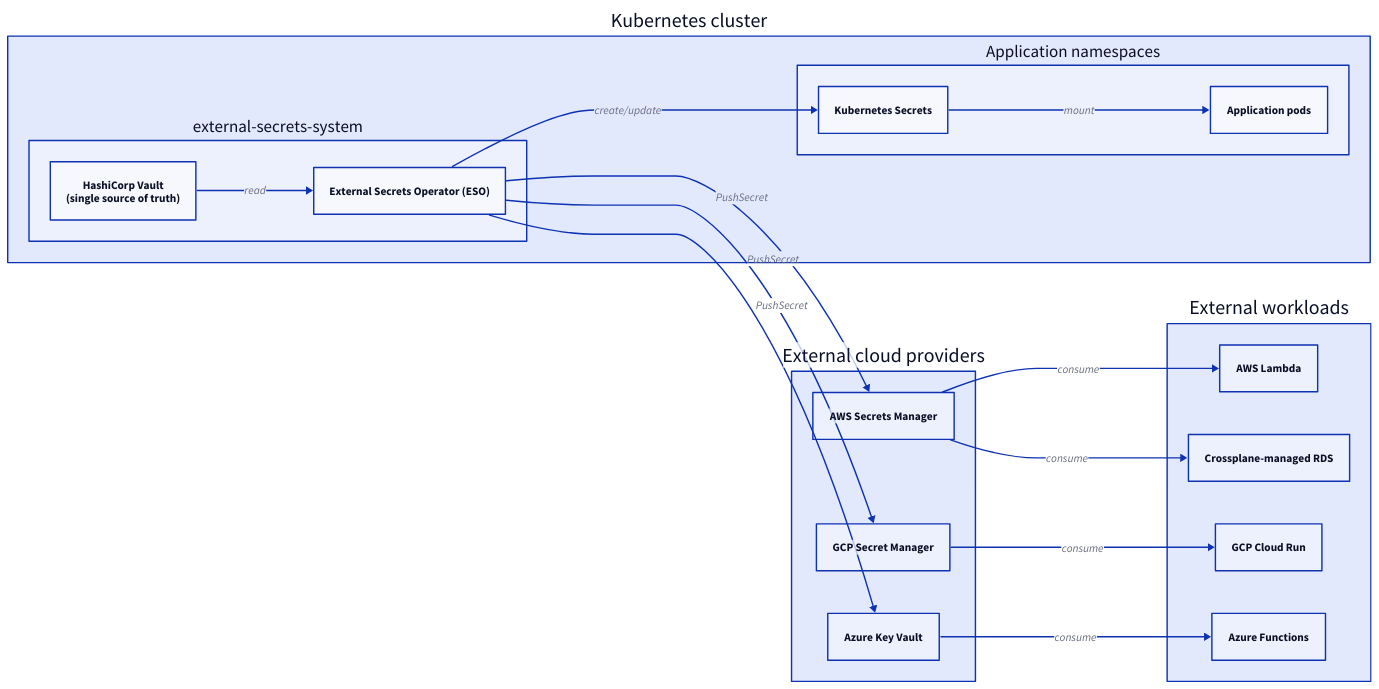
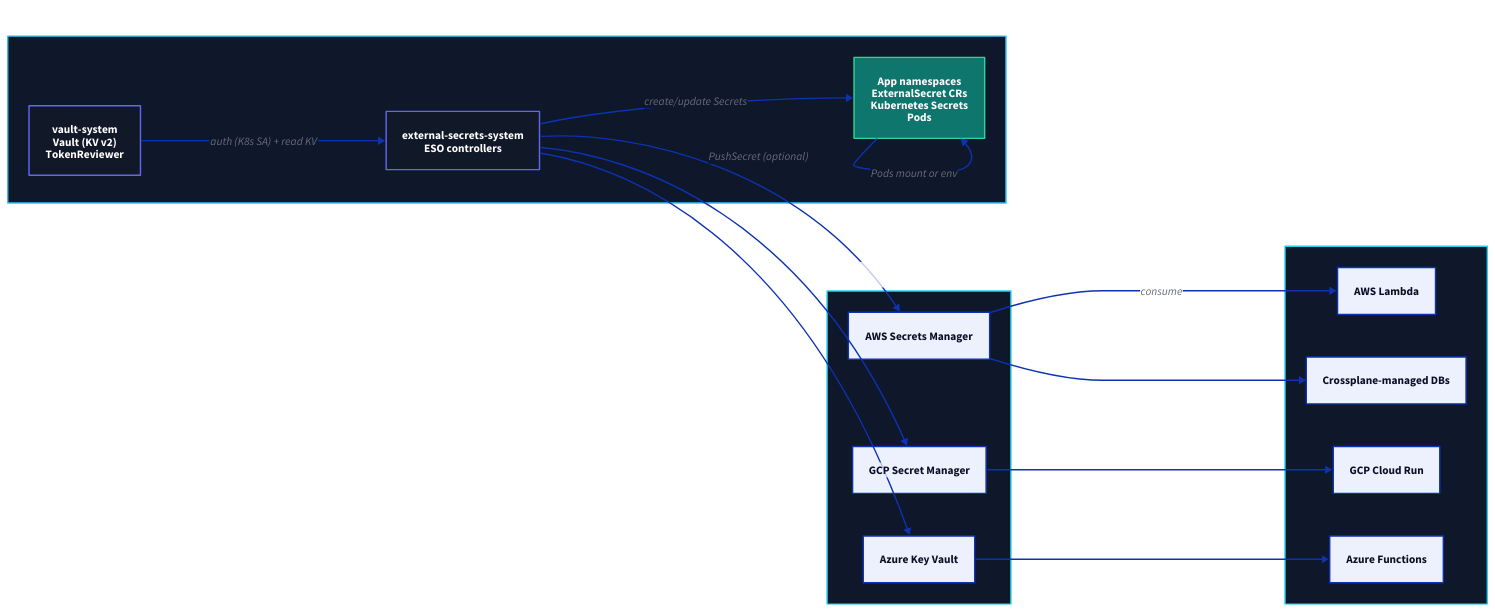
Before and after one commit to rou-cru/idp-blueprint: the diagram in Docs/architecture/secrets.md, drawn with D2. The commit also changed other lines of this file and 22 other files, not shown here.

````diff
--- a/Docs/architecture/secrets.md
+++ b/Docs/architecture/secrets.md
@@ -14,47 +14,47 @@
 ```d2
 direction: right
 
-Cluster: {
-  label: "Kubernetes cluster"
-
-  ESO_NS: {
-    label: "external-secrets-system"
-    Vault: "HashiCorp Vault\n(single source of truth)"
-    ESO: "External Secrets Operator (ESO)"
-  }
-
-  AppNS: {
-    label: "Application namespaces"
-    K8sSecrets: "Kubernetes Secrets"
-    Pods: "Application pods"
-  }
+classes: {
+  infra: { style.fill: "#0f172a"; style.stroke: "#38bdf8"; style.font-color: white }
+  control: { style.fill: "#111827"; style.stroke: "#6366f1"; style.font-color: white }
+  data: { style.fill: "#0f766e"; style.stroke: "#34d399"; style.font-color: white }
+  ext: { style.fill: "#0f172a"; style.stroke: "#22d3ee"; style.font-color: white }
 }
 
-Cloud: {
-  label: "External cloud providers"
+Cluster: {
+  class: infra
+  label: "Cluster"
+  VaultNS: { class: control; label: "vault-system\nVault (KV v2)\nTokenReviewer" }
+  ESONS: { class: control; label: "external-secrets-system\nESO controllers" }
+  AppNS: { class: data; label: "App namespaces\nExternalSecret CRs\nKubernetes Secrets\nPods" }
+}
+
+CloudSM: {
+  class: ext
+  label: "Cloud secret managers"
   AWS: "AWS Secrets Manager"
   GCP: "GCP Secret Manager"
   Azure: "Azure Key Vault"
 }
 
 External: {
+  class: ext
   label: "External workloads"
   Lambda: "AWS Lambda"
   CloudRun: "GCP Cloud Run"
-  AzureFunc: "Azure Functions"
-  CrossplaneRDS: "Crossplane-managed RDS"
+  Functions: "Azure Functions"
+  Crossplane: "Crossplane-managed DBs"
 }
 
-Cluster.ESO_NS.Vault -> Cluster.ESO_NS.ESO: "read"
-Cluster.ESO_NS.ESO -> Cluster.AppNS.K8sSecrets: "create/update"
-Cluster.AppNS.K8sSecrets -> Cluster.AppNS.Pods: "mount"
+Cluster.VaultNS -> Cluster.ESONS: "auth (K8s SA) + read KV"
+Cluster.ESONS -> Cluster.AppNS: "create/update Secrets"
+Cluster.AppNS -> Cluster.AppNS: "Pods mount or env"
 
-Cluster.ESO_NS.ESO -> Cloud.AWS: "PushSecret"
-Cluster.ESO_NS.ESO -> Cloud.GCP: "PushSecret"
-Cluster.ESO_NS.ESO -> Cloud.Azure: "PushSecret"
-
-Cloud.AWS -> External.Lambda: "consume"
-Cloud.AWS -> External.CrossplaneRDS: "consume"
-Cloud.GCP -> External.CloudRun: "consume"
-Cloud.Azure -> External.AzureFunc: "consume"
+Cluster.ESONS -> CloudSM.AWS: "PushSecret (optional)"
+Cluster.ESONS -> CloudSM.GCP
+Cluster.ESONS -> CloudSM.Azure
+CloudSM.AWS -> External.Lambda: "consume"
+CloudSM.AWS -> External.Crossplane
+CloudSM.GCP -> External.CloudRun
+CloudSM.Azure -> External.Functions
 ```
````
